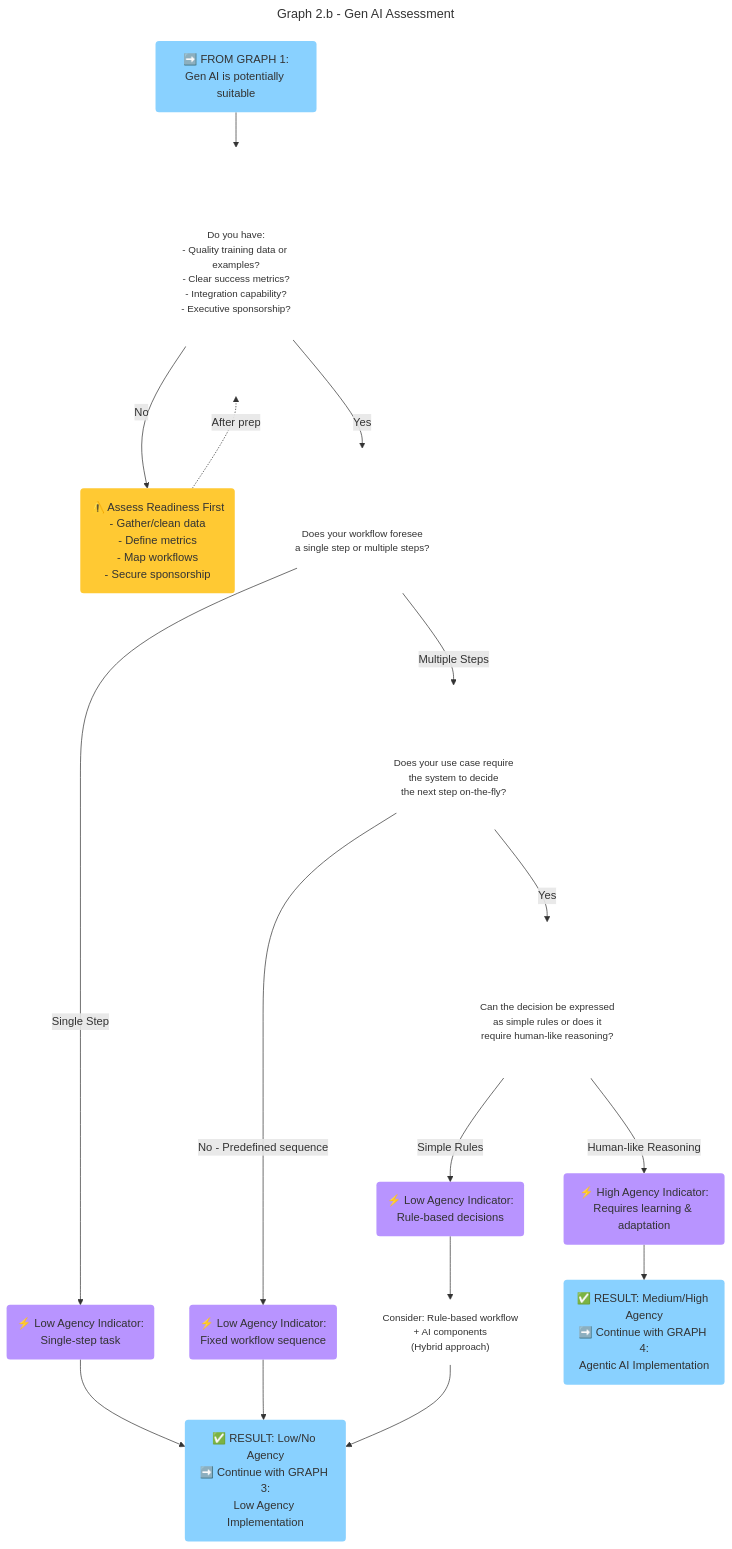
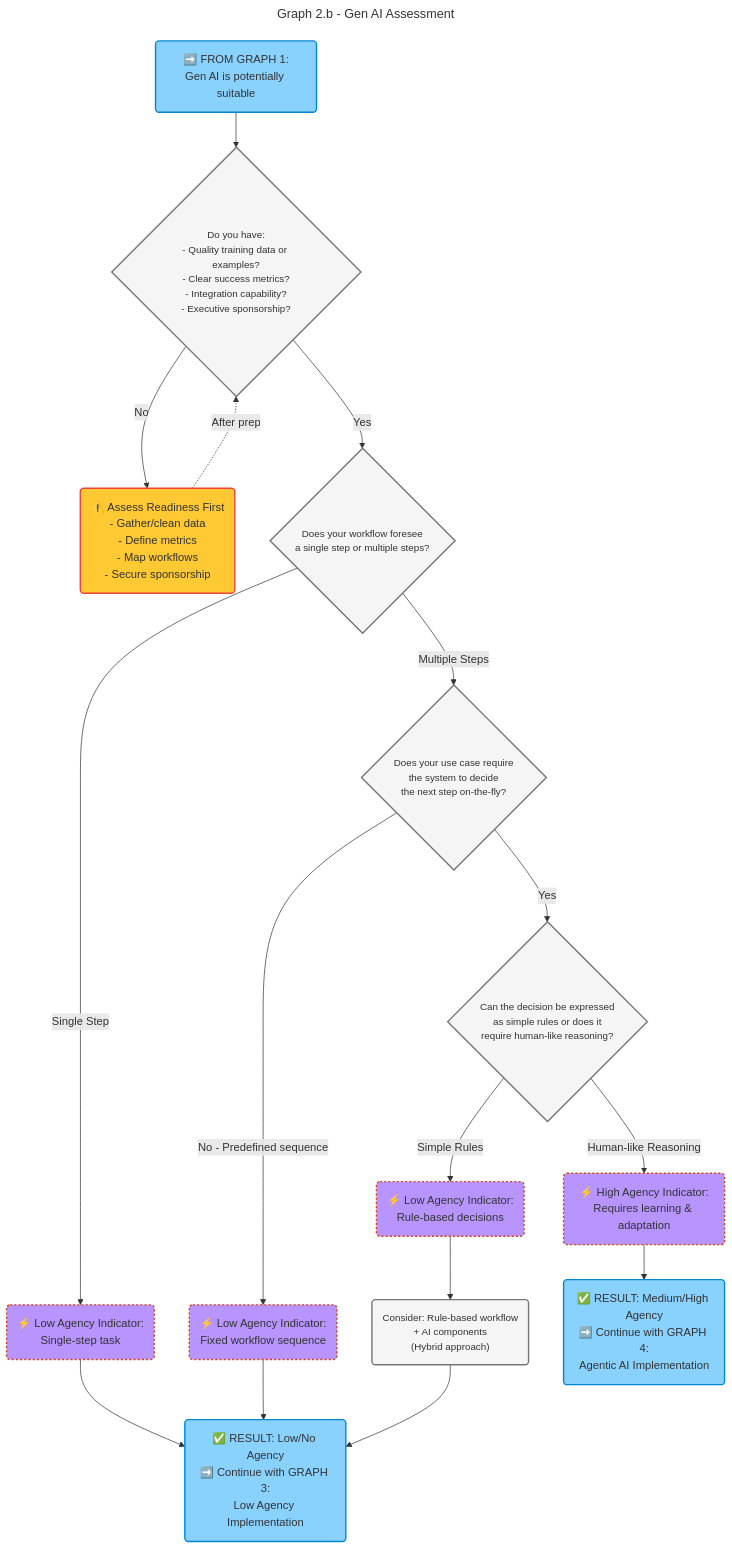
The third of 5 diagrams in docs/golden-path/ai-golden-path/1-technology-overview/readme.md (SAP/architecture-center), drawn with Mermaid before and after one commit. The commit also changed other lines of this file and 2 other files, not shown here.

Commit message:
mermaid improvements for dark and light themes

````diff
--- a/docs/golden-path/ai-golden-path/1-technology-overview/readme.md
+++ b/docs/golden-path/ai-golden-path/1-technology-overview/readme.md
@@ -280,54 +280,54 @@
 ```mermaid
 ---
 title: Graph 2.b - Gen AI Assessment
 ---
 flowchart TD
     StartG2("➡️ FROM GRAPH 1:<br>Gen AI is potentially suitable")
 
     %% Gen AI Readiness Assessment
     StartG2 --> DataCheck{"Do you have:<br>- Quality training data or examples?<br>- Clear success metrics?<br>- Integration capability?<br>- Executive sponsorship?"}
 
     DataCheck -->|No|Readiness("⚠️ Assess Readiness First<br>- Gather/clean data<br>- Define metrics<br>- Map workflows<br>- Secure sponsorship")
 
     Readiness -.->|After prep|DataCheck
 
     DataCheck -->|Yes|B{"Does your workflow foresee<br>a single step or multiple steps?"}
 
     %% Single vs Multi-step
     B -->|Single Step|CheckSimple("⚡ Low Agency Indicator:<br>Single-step task")
 
     B -->|Multiple Steps|C{"Does your use case require<br>the system to decide<br>the next step on-the-fly?"}
 
     C -->|No - Predefined sequence|CheckPredefined("⚡ Low Agency Indicator:<br>Fixed workflow sequence")
 
     C -->|Yes|D{"Can the decision be expressed<br>as simple rules or does it<br>require human-like reasoning?"}
 
     D -->|Simple Rules|CheckRules("⚡ Low Agency Indicator:<br>Rule-based decisions")
     CheckRules --> RulesEngine("Consider: Rule-based workflow<br>+ AI components<br>(Hybrid approach)")
 
     D -->|Human-like Reasoning|highAgencyIndicator("⚡ High Agency Indicator:<br>Requires learning & adaptation")
 
     %% Connect all low agency indicators to result
     CheckSimple --> R1
     CheckPredefined --> R1
     RulesEngine --> R1
     highAgencyIndicator --> R2
 
     R1("✅ RESULT: Low/No Agency<br>➡️ Continue with GRAPH 3:<br>Low Agency Implementation")
 
     R2("✅ RESULT: Medium/High Agency<br>➡️ Continue with GRAPH 4:<br>Agentic AI Implementation")
 
     %% Styling
-    classDef decision fill:#FFF,stroke:#757575,stroke-width:0px,font-size:14
-    classDef warning fill:#FFC933,stroke:#f44336,stroke-width:0px
-    classDef indicator fill:#B894FF,stroke:#d84315,stroke-width:0px,stroke-dasharray: 3 3
-    classDef continueNext fill:#89D1FF,stroke:#0288d1,stroke-width:0px
-    classDef startNode fill:#89D1FF,stroke:#0070F2,stroke-width:0px
-    classDef recommendation fill:#97DD40,stroke:#0070F2,stroke-width:0px
+    classDef decision fill:#f5f5f5,stroke:#757575,stroke-width:2px,font-size:14
+    classDef warning fill:#FFC933,stroke:#f44336,stroke-width:2px
+    classDef indicator fill:#B894FF,stroke:#d84315,stroke-width:2px,stroke-dasharray: 3 3
+    classDef continueNext fill:#89D1FF,stroke:#0288d1,stroke-width:2px
+    classDef startNode fill:#89D1FF,stroke:#0070F2,stroke-width:2px
+    classDef recommendation fill:#97DD40,stroke:#0070F2,stroke-width:2px
 
     class DataCheck,B,C,D,RulesEngine decision
     class Readiness warning
     class R1,R2,StartG2 continueNext
     class R3 warning
     class CheckSimple,CheckPredefined,CheckRules,highAgencyIndicator indicator
 ```
````
